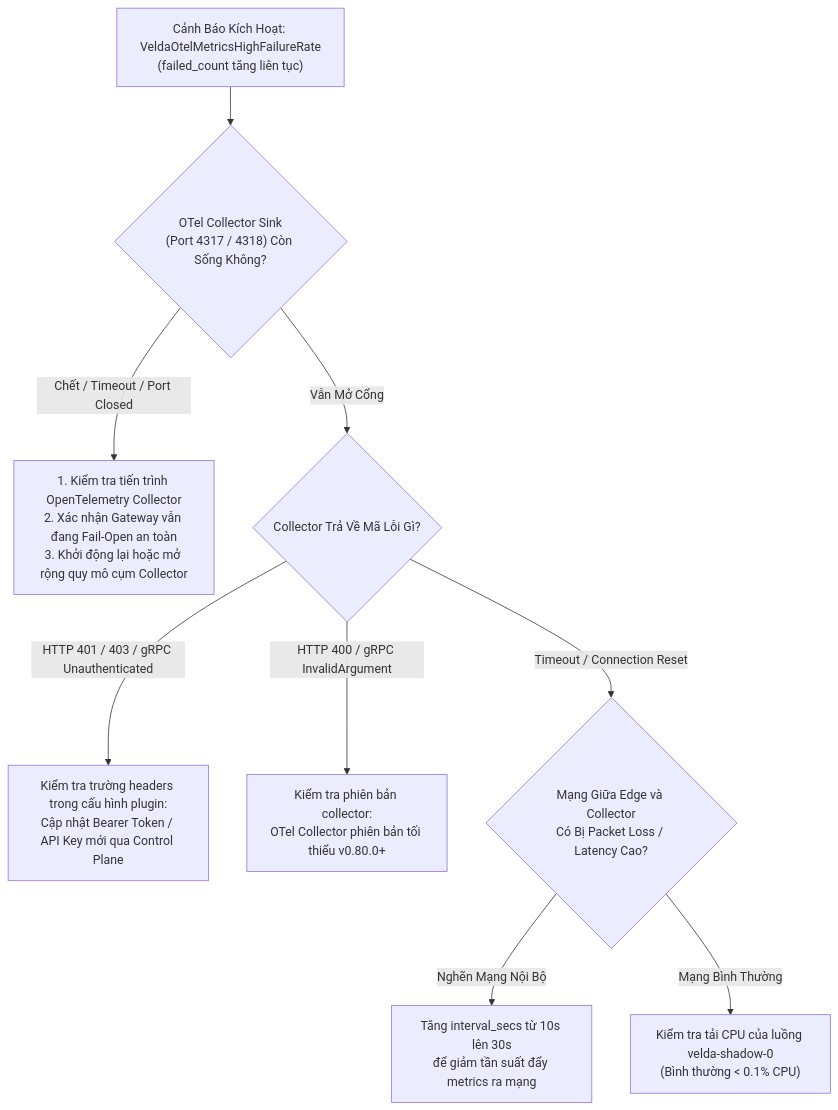
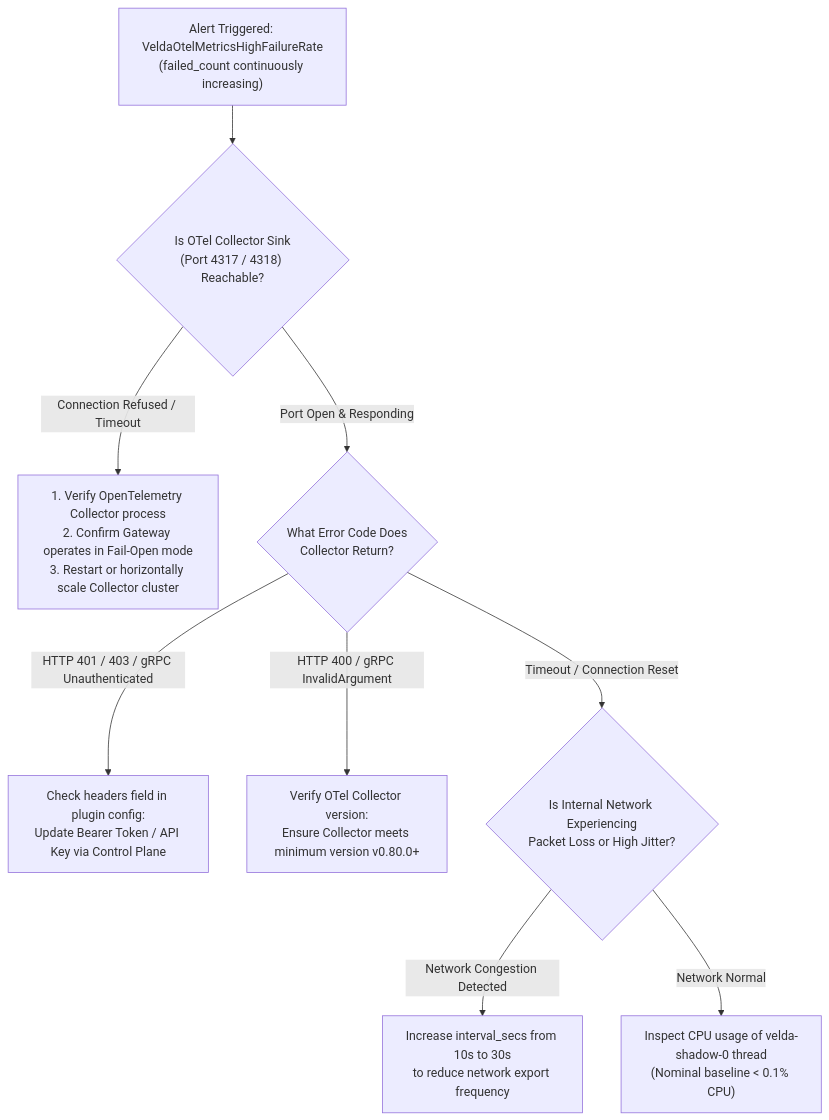
The diagram in crates/velda-plugin/src/background/otlp_metrics_exporter/RUNBOOK.md (phucle996/velda-edge), drawn with Mermaid before and after one commit. The commit also changed other lines of this file and 35 other files, not shown here.

````diff
--- a/crates/velda-plugin/src/background/otlp_metrics_exporter/RUNBOOK.md
+++ b/crates/velda-plugin/src/background/otlp_metrics_exporter/RUNBOOK.md
@@ -20,14 +20,14 @@
 ```mermaid
 flowchart TD
-    Alert["Cảnh Báo Kích Hoạt: VeldaOtelMetricsHighFailureRate\n(failed_count tăng liên tục)"] --> CheckCollector{"OTel Collector Sink\n(Port 4317 / 4318) Còn Sống Không?"}
+    Alert["Alert Triggered: VeldaOtelMetricsHighFailureRate\n(failed_count continuously increasing)"] --> CheckCollector{"Is OTel Collector Sink\n(Port 4317 / 4318) Reachable?"}
     
-    CheckCollector -->|Chết / Timeout / Port Closed| ActionCollector["1. Kiểm tra tiến trình OpenTelemetry Collector\n2. Xác nhận Gateway vẫn đang Fail-Open an toàn\n3. Khởi động lại hoặc mở rộng quy mô cụm Collector"]
-    CheckCollector -->|Vẫn Mở Cổng| CheckAuth{"Collector Trả Về Mã Lỗi Gì?"}
+    CheckCollector -->|Connection Refused / Timeout| ActionCollector["1. Verify OpenTelemetry Collector process\n2. Confirm Gateway operates in Fail-Open mode\n3. Restart or horizontally scale Collector cluster"]
+    CheckCollector -->|Port Open & Responding| CheckAuth{"What Error Code Does\nCollector Return?"}
     
-    CheckAuth -->|HTTP 401 / 403 / gRPC Unauthenticated| ActionAuth["Kiểm tra trường headers trong cấu hình plugin:\nCập nhật Bearer Token / API Key mới qua Control Plane"]
-    CheckAuth -->|HTTP 400 / gRPC InvalidArgument| ActionSchema["Kiểm tra phiên bản collector:\nOTel Collector phiên bản tối thiểu v0.80.0+"]
-    CheckAuth -->|Timeout / Connection Reset| CheckNetwork{"Mạng Giữa Edge và Collector\nCó Bị Packet Loss / Latency Cao?"}
+    CheckAuth -->|HTTP 401 / 403 / gRPC Unauthenticated| ActionAuth["Check headers field in plugin config:\nUpdate Bearer Token / API Key via Control Plane"]
+    CheckAuth -->|HTTP 400 / gRPC InvalidArgument| ActionSchema["Verify OTel Collector version:\nEnsure Collector meets minimum version v0.80.0+"]
+    CheckAuth -->|Timeout / Connection Reset| CheckNetwork{"Is Internal Network Experiencing\nPacket Loss or High Jitter?"}
     
-    CheckNetwork -->|Nghẽn Mạng Nội Bộ| ActionInterval["Tăng interval_secs từ 10s lên 30s\nđể giảm tần suất đẩy metrics ra mạng"]
-    CheckNetwork -->|Mạng Bình Thường| CheckShadow["Kiểm tra tải CPU của luồng velda-shadow-0\n(Bình thường < 0.1% CPU)"]
+    CheckNetwork -->|Network Congestion Detected| ActionInterval["Increase interval_secs from 10s to 30s\nto reduce network export frequency"]
+    CheckNetwork -->|Network Normal| CheckShadow["Inspect CPU usage of velda-shadow-0 thread\n(Nominal baseline < 0.1% CPU)"]
 ```
````
